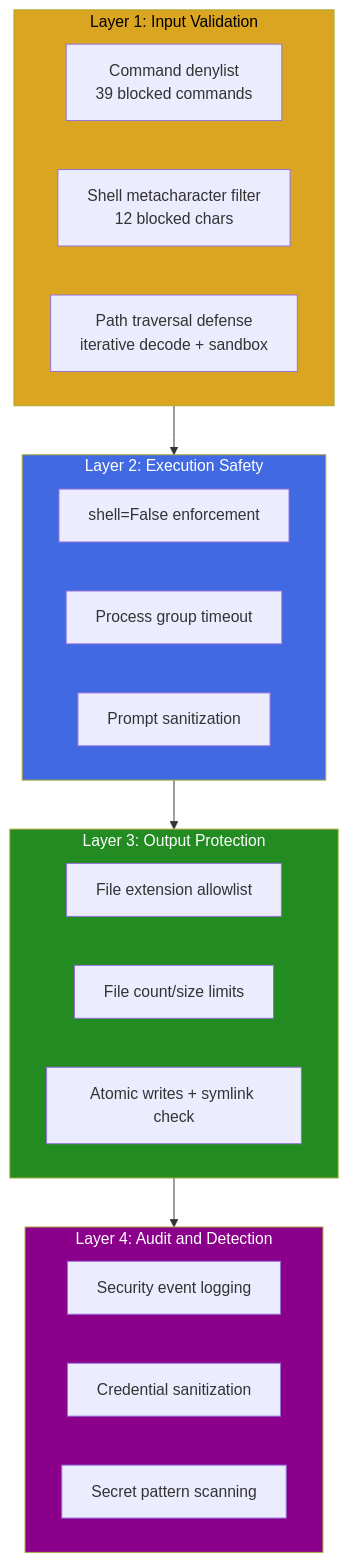
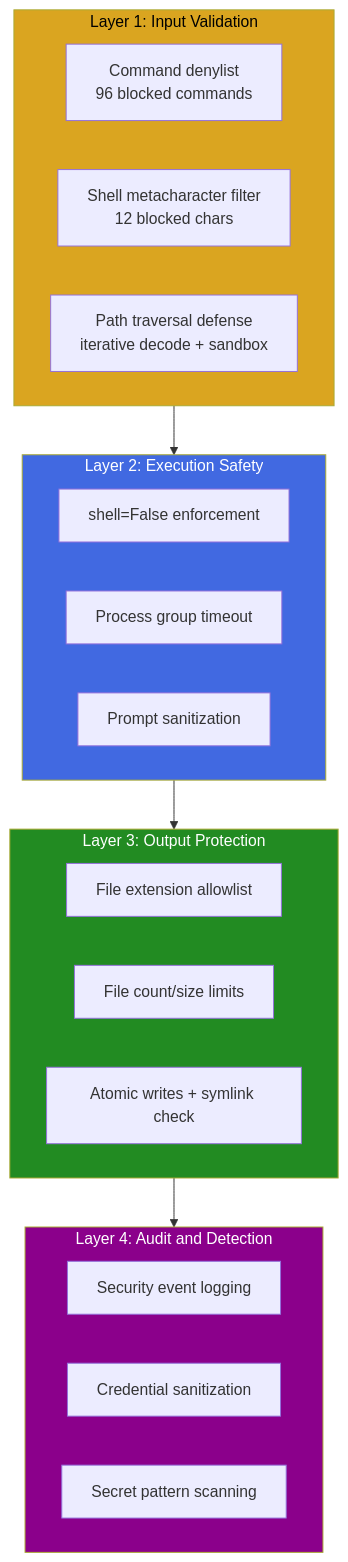
Before and after one commit to clay-good/codelicious: the ninth of 46 diagrams in README.md, drawn with Mermaid. The commit also changed other lines of this file and 120 other files, not shown here.

````diff
--- a/README.md
+++ b/README.md
@@ -447,33 +460,33 @@
 ```mermaid
 flowchart TB
     subgraph L1["Layer 1: Input Validation"]
-        A1["Command denylist\n39 blocked commands"]
+        A1["Command denylist\n96 blocked commands"]
         A2["Shell metacharacter filter\n12 blocked chars"]
         A3["Path traversal defense\niterative decode + sandbox"]
     end
 
     subgraph L2["Layer 2: Execution Safety"]
         B1["shell=False enforcement"]
         B2["Process group timeout"]
         B3["Prompt sanitization"]
     end
 
     subgraph L3["Layer 3: Output Protection"]
         C1["File extension allowlist"]
         C2["File count/size limits"]
         C3["Atomic writes + symlink check"]
     end
 
     subgraph L4["Layer 4: Audit and Detection"]
         D1["Security event logging"]
         D2["Credential sanitization"]
         D3["Secret pattern scanning"]
     end
 
     L1 --> L2 --> L3 --> L4
 
     style L1 fill:#DAA520,color:#000
     style L2 fill:#4169E1,color:#fff
     style L3 fill:#228B22,color:#fff
     style L4 fill:#8B008B,color:#fff
 ```
````
